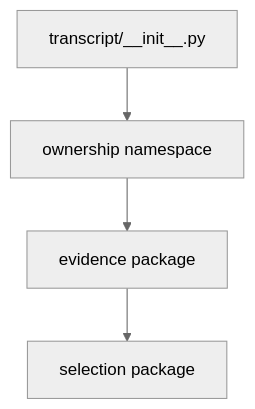
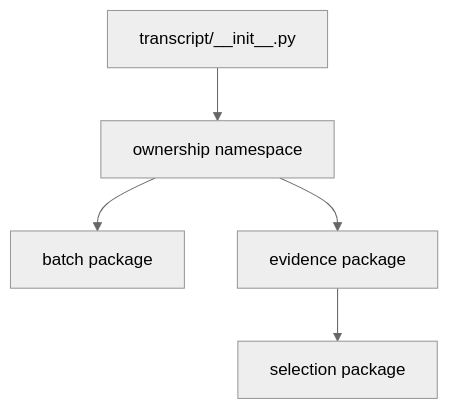
Before and after one commit to eragasa/projectkoios-ingestion: the diagram in docs/architecture/projectkoios/ingestion/transcript/implementation.md, drawn with Mermaid (neutral theme). The commit also changed other lines of this file and 176 other files, not shown here.

Commit message:
Refactor ingestion document and integration architecture

````diff
--- a/docs/architecture/projectkoios/ingestion/transcript/implementation.md
+++ b/docs/architecture/projectkoios/ingestion/transcript/implementation.md
@@ -8,6 +8,7 @@
 ```mermaid
 flowchart TD
     Init["transcript/__init__.py"] --> Namespace["ownership namespace"]
+    Namespace --> Batch["batch package"]
     Namespace --> Evidence["evidence package"]
     Evidence --> Selection["selection package"]
 ```
````
